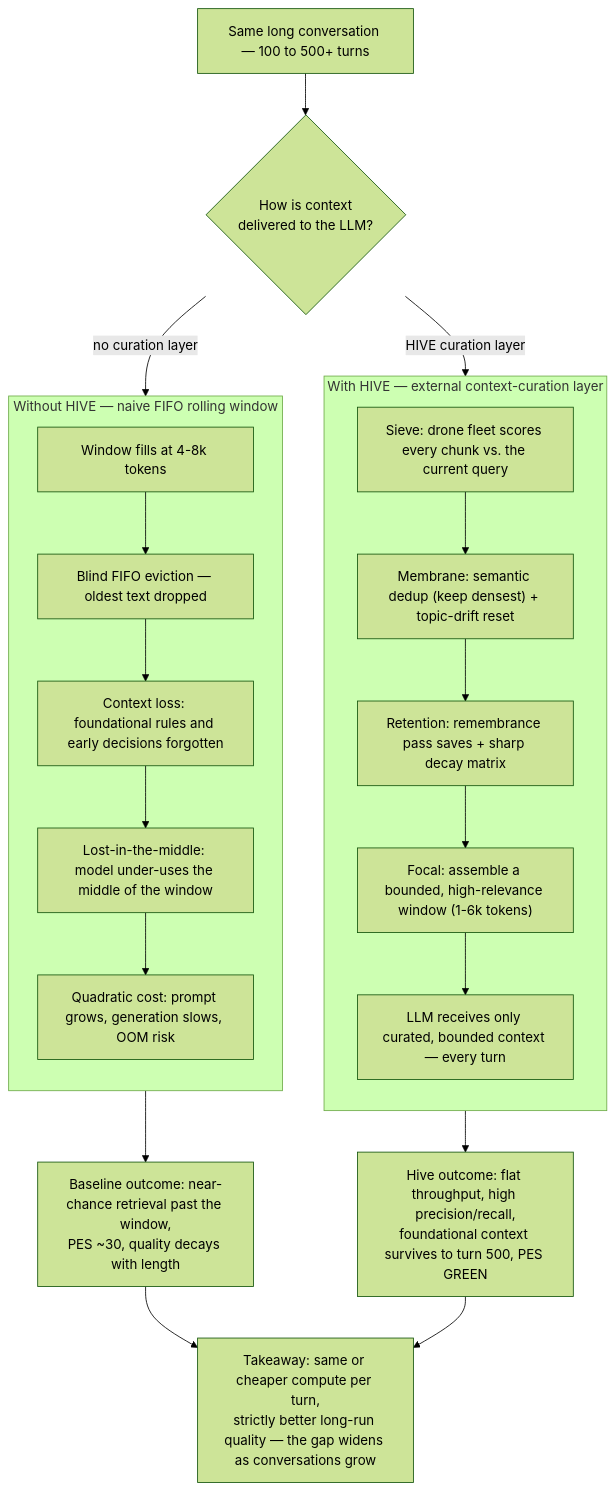
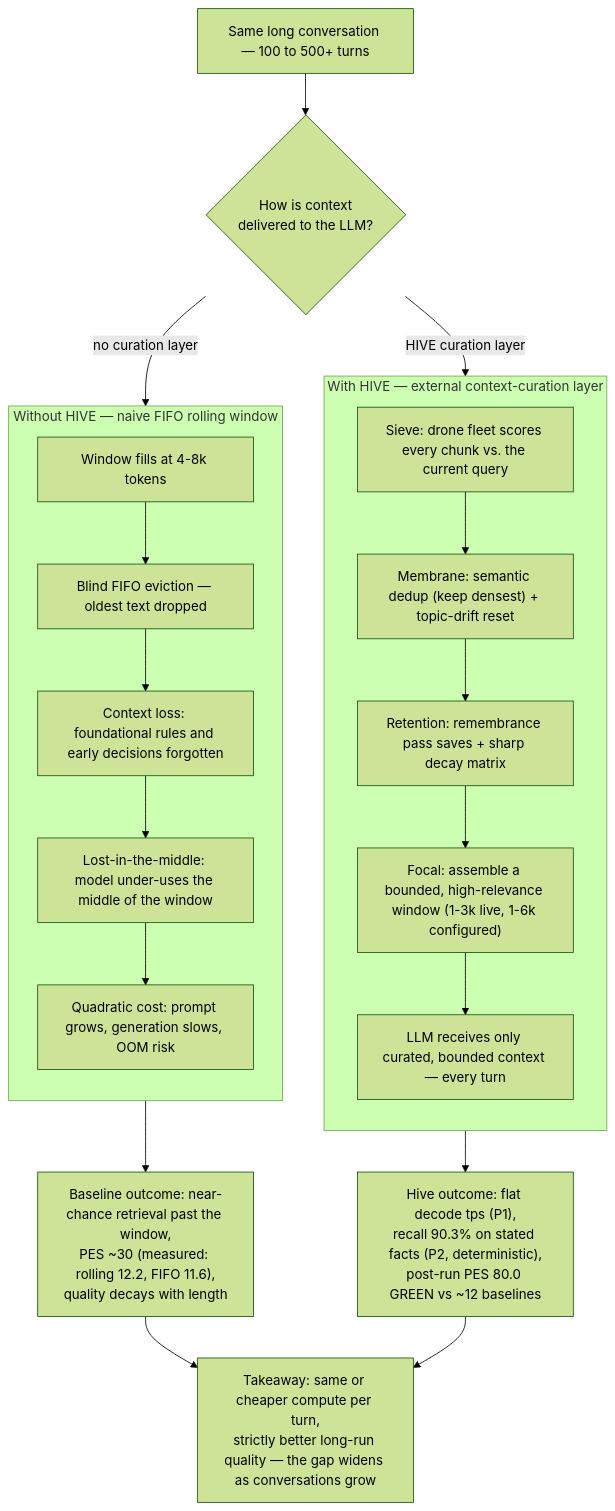
The third of 11 diagrams in HIVE-DIAGRAMS.md (sky-is-green/hive-memory), drawn with Mermaid (forest theme) before and after one commit. The commit also changed other lines of this file and 273 other files, not shown here.

````diff
--- a/HIVE-DIAGRAMS.md
+++ b/HIVE-DIAGRAMS.md
@@ -58,33 +66,33 @@
 ```mermaid
 flowchart TB
     START["Same long conversation — 100 to 500+ turns"] --> SPLIT{"How is context<br/>delivered to the LLM?"}
 
     SPLIT -->|"no curation layer"| N1
     SPLIT -->|"HIVE curation layer"| H1
 
     subgraph NA["Without HIVE — naive FIFO rolling window"]
         direction TB
         N1["Window fills at 4-8k tokens"]
         N2["Blind FIFO eviction — oldest text dropped"]
         N3["Context loss: foundational rules and early decisions forgotten"]
         N4["Lost-in-the-middle: model under-uses the middle of the window"]
         N5["Quadratic cost: prompt grows, generation slows, OOM risk"]
         N1 --> N2 --> N3 --> N4 --> N5
     end
 
     subgraph HI["With HIVE — external context-curation layer"]
         direction TB
         H1["Sieve: drone fleet scores every chunk vs. the current query"]
         H2["Membrane: semantic dedup (keep densest) + topic-drift reset"]
         H3["Retention: remembrance pass saves + sharp decay matrix"]
-        H4["Focal: assemble a bounded, high-relevance window (1-6k tokens)"]
+        H4["Focal: assemble a bounded, high-relevance window (1-3k live, 1-6k configured)"]
         H5["LLM receives only curated, bounded context — every turn"]
         H1 --> H2 --> H3 --> H4 --> H5
     end
 
-    N5 --> RES1["Baseline outcome: near-chance retrieval past the window,<br/>PES ~30, quality decays with length"]
-    H5 --> RES2["Hive outcome: flat throughput, high precision/recall,<br/>foundational context survives to turn 500, PES GREEN"]
+    N5 --> RES1["Baseline outcome: near-chance retrieval past the window,<br/>PES ~30 (measured: rolling 12.2, FIFO 11.6),<br/>quality decays with length"]
+    H5 --> RES2["Hive outcome: flat decode tps (P1),<br/>recall 90.3% on stated facts (P2, deterministic),<br/>post-run PES 80.0 GREEN vs ~12 baselines"]
     RES1 --> TAKE
     RES2 --> TAKE
     TAKE["Takeaway: same or cheaper compute per turn,<br/>strictly better long-run quality — the gap widens as conversations grow"]
 ```
````
